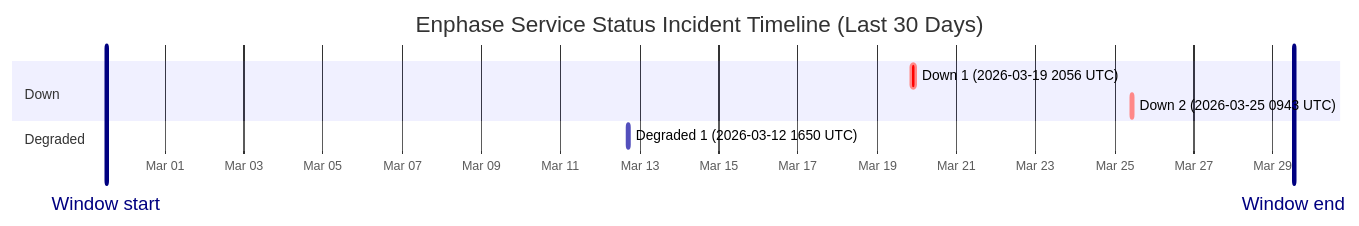
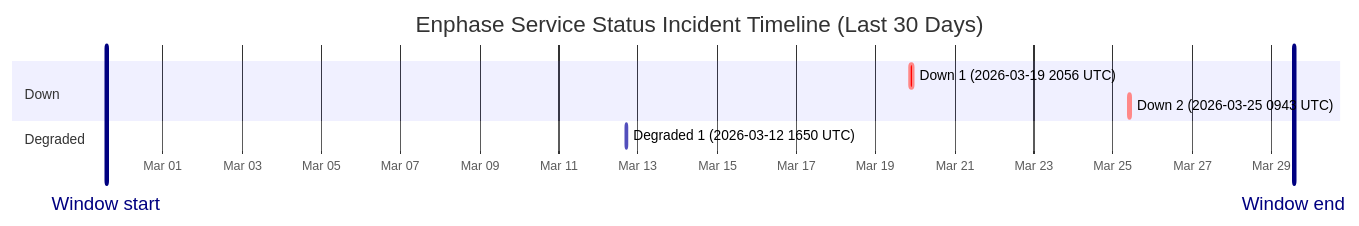
One commit to barneyonline/ha-enphase-ev-charger changed the diagram in wiki/Service-Status-History.md. Above: the diagram before and after it, drawn with Mermaid. The commit also changed other lines of this file and 3 other files, not shown here.

````diff
--- a/wiki/Service-Status-History.md
+++ b/wiki/Service-Status-History.md
@@ -14,13 +14,13 @@
 ```mermaid
 gantt
     title Enphase Service Status Incident Timeline (Last 30 Days)
     dateFormat  YYYY-MM-DDTHH:mm:ss
     axisFormat  %b %d
-    Window start :vert, window-start, 2026-02-27T12:34:22, 0ms
-    Window end :vert, window-end, 2026-03-29T12:34:22, 0ms
+    Window start :vert, window-start, 2026-02-27T13:45:31, 0ms
+    Window end :vert, window-end, 2026-03-29T13:45:31, 0ms
     section Down
     Down 1 (2026-03-19 2056 UTC) :crit, down-1, 2026-03-19T20:56:20, 145m
     Down 2 (2026-03-25 0943 UTC) :crit, down-2, 2026-03-25T09:43:28, 111m
     section Degraded
     Degraded 1 (2026-03-12 1650 UTC) :active, degraded-1, 2026-03-12T16:50:43, 60m
 ```
````
